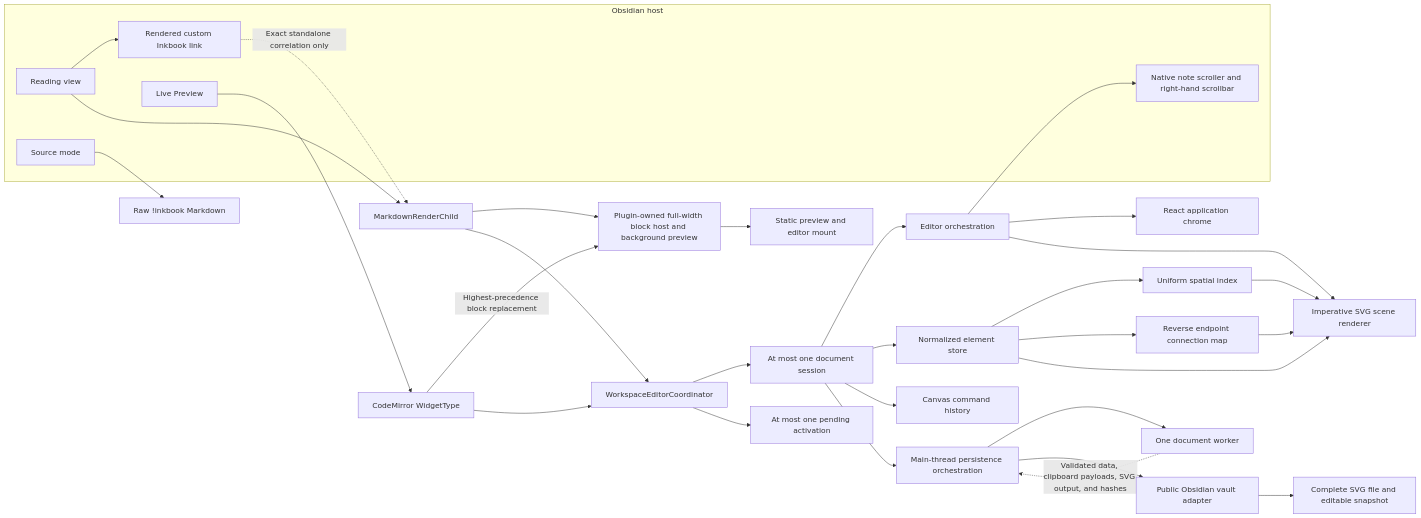
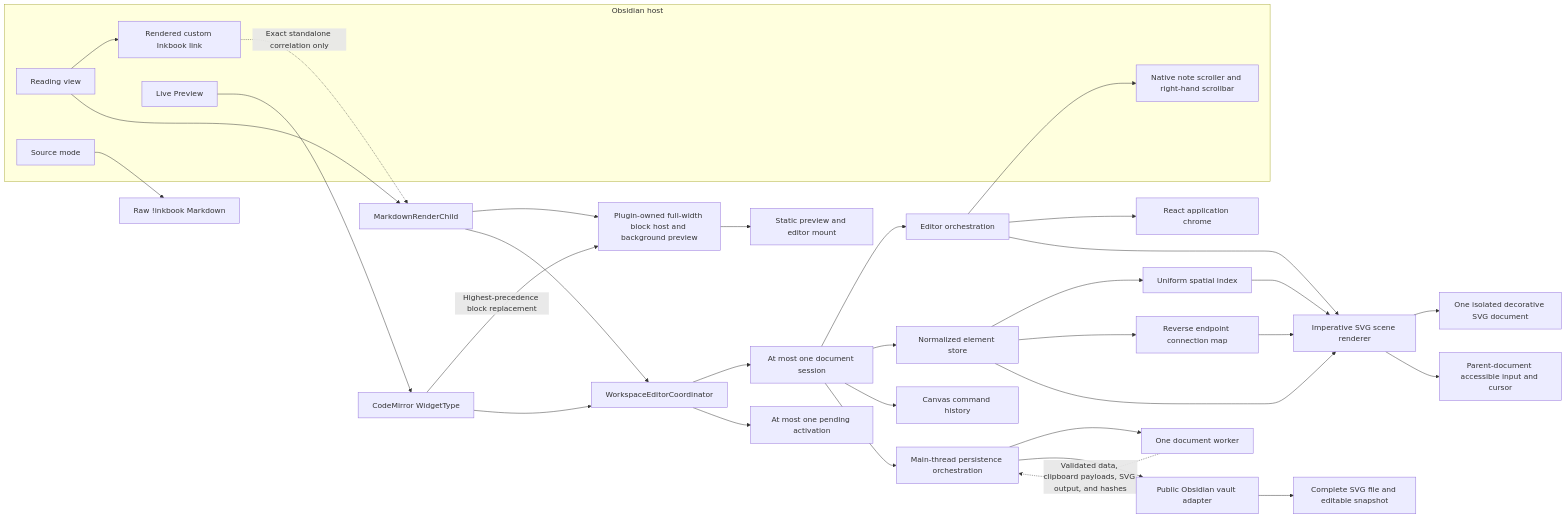
Before and after one commit to boommasterxd/inkbook: the first of 8 diagrams in docs/architecture-flows.md, drawn with Mermaid. The commit also changed other lines of this file and 29 other files, not shown here.

````diff
--- a/docs/architecture-flows.md
+++ b/docs/architecture-flows.md
@@ -7,43 +7,45 @@
 ```mermaid
 flowchart LR
   subgraph host["Obsidian host"]
     reading["Reading view"]
     readingSource["Rendered custom Inkbook link"]
     live["Live Preview"]
     source["Source mode"]
     noteScroller["Native note scroller and right-hand scrollbar"]
   end
 
   reading --> readingSource
   reading --> readingChild["MarkdownRenderChild"]
   live --> liveWidget["CodeMirror WidgetType"]
   source --> rawMarkdown["Raw !inkbook Markdown"]
 
   readingSource -. "Exact standalone correlation only" .-> readingChild
   readingChild --> ownedPreview["Plugin-owned full-width block host and background preview"]
   liveWidget -->|"Highest-precedence block replacement"| ownedPreview
   ownedPreview --> widgetPreview["Static preview and editor mount"]
   readingChild --> coordinator["WorkspaceEditorCoordinator"]
   liveWidget --> coordinator
 
   coordinator --> session["At most one document session"]
   coordinator --> pending["At most one pending activation"]
   session --> editor["Editor orchestration"]
   session --> store["Normalized element store"]
   session --> history["Canvas command history"]
   store --> index["Uniform spatial index"]
   store --> connections["Reverse endpoint connection map"]
 
   editor --> chrome["React application chrome"]
   editor --> scene["Imperative SVG scene renderer"]
+  scene --> drawingSurface["One isolated decorative SVG document"]
+  scene --> inputSurface["Parent-document accessible input and cursor"]
   store --> scene
   index --> scene
   connections --> scene
 
   session --> persistence["Main-thread persistence orchestration"]
   persistence --> worker["One document worker"]
   worker -. "Validated data, clipboard payloads, SVG output, and hashes" .-> persistence
   persistence --> vaultAdapter["Public Obsidian vault adapter"]
   vaultAdapter --> svgFile["Complete SVG file and editable snapshot"]
   editor --> noteScroller
 ```
````
